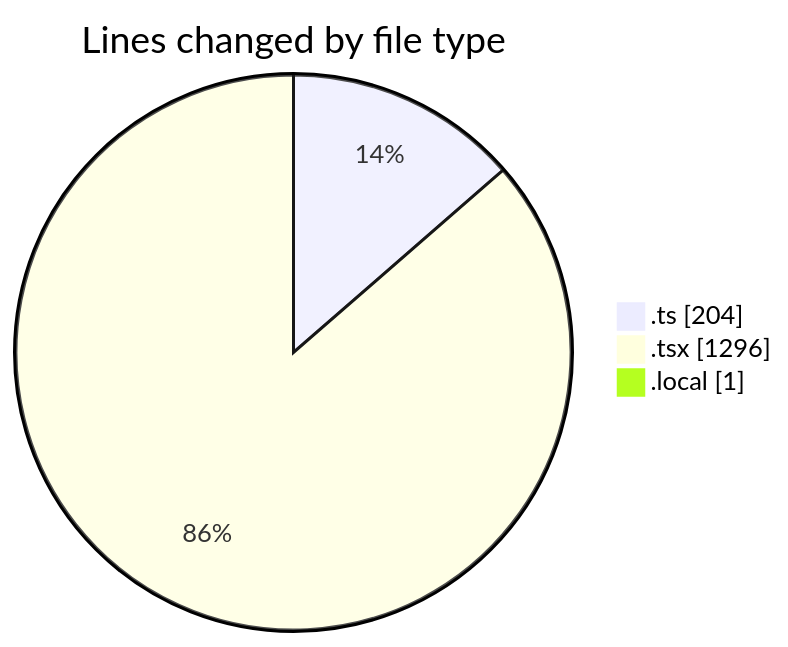
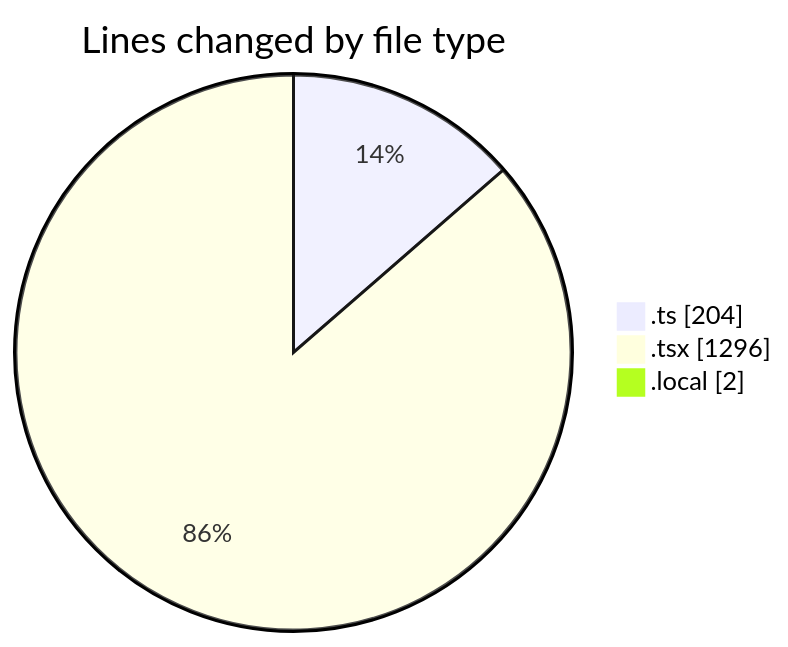
The first of 2 diagrams in 2025-10-28/eventscop-frontend-guide__workspace_/README.md (julien-gomy/code-tracking), drawn with Mermaid before and after one commit. The commit also changed other lines of this file and 1 other file, not shown here.

````diff
--- a/2025-10-28/eventscop-frontend-guide__workspace_/README.md
+++ b/2025-10-28/eventscop-frontend-guide__workspace_/README.md
@@ -30,7 +30,7 @@
 ```mermaid
 pie showData
 title Lines changed by file type
 ".ts" : 204
 ".tsx" : 1296
-".local" : 1
+".local" : 2
 ```
````
